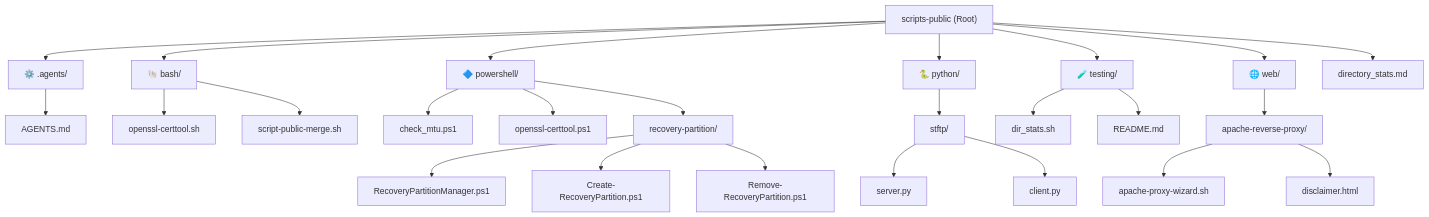
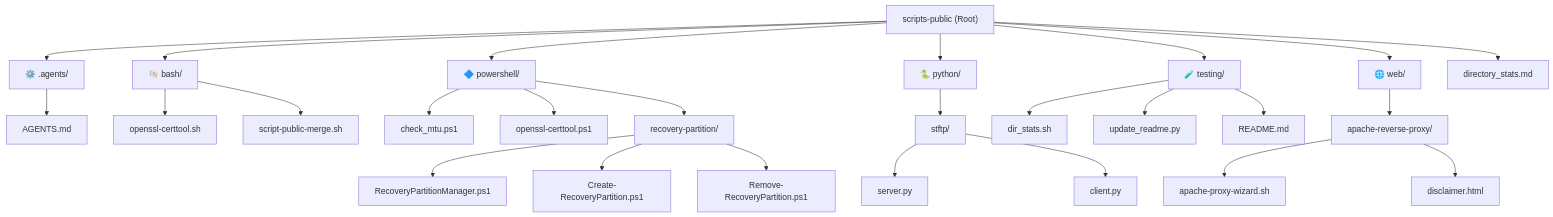
Before and after one commit to Richie086/scripts-public: the diagram in scripts_catalog.md, drawn with Mermaid. The commit also changed other lines of this file and 2 other files, not shown here.

Commit message:
Add README auto-updater script (update_readme.py) and update repository index

````diff
--- a/scripts_catalog.md
+++ b/scripts_catalog.md
@@ -9,33 +9,34 @@
 ```mermaid
 graph TD
     root["scripts-public (Root)"] --> agents["⚙️ .agents/"]
     root --> bash["🐚 bash/"]
     root --> powershell["🔷 powershell/"]
     root --> python["🐍 python/"]
     root --> testing["🧪 testing/"]
     root --> web["🌐 web/"]
     root --> dir_stats_report["directory_stats.md"]
 
     agents --> agents_md["AGENTS.md"]
     bash --> cert_sh["openssl-certtool.sh"]
     bash --> merge_sh["script-public-merge.sh"]
 
     powershell --> check_mtu["check_mtu.ps1"]
     powershell --> cert_ps1["openssl-certtool.ps1"]
     powershell --> rec_part["recovery-partition/"]
 
     rec_part --> rp_mgr["RecoveryPartitionManager.ps1"]
     rec_part --> rp_c1["Create-RecoveryPartition.ps1"]
     rec_part --> rp_rem["Remove-RecoveryPartition.ps1"]
 
     python --> stftp["stftp/"]
     stftp --> stftp_srv["server.py"]
     stftp --> stftp_cli["client.py"]
 
     testing --> dir_stats_sh["dir_stats.sh"]
+    testing --> update_readme_py["update_readme.py"]
     testing --> test_readme["README.md"]
 
     web --> proxy["apache-reverse-proxy/"]
     proxy --> proxy_sh["apache-proxy-wizard.sh"]
     proxy --> proxy_htm["disclaimer.html"]
 ```
````
